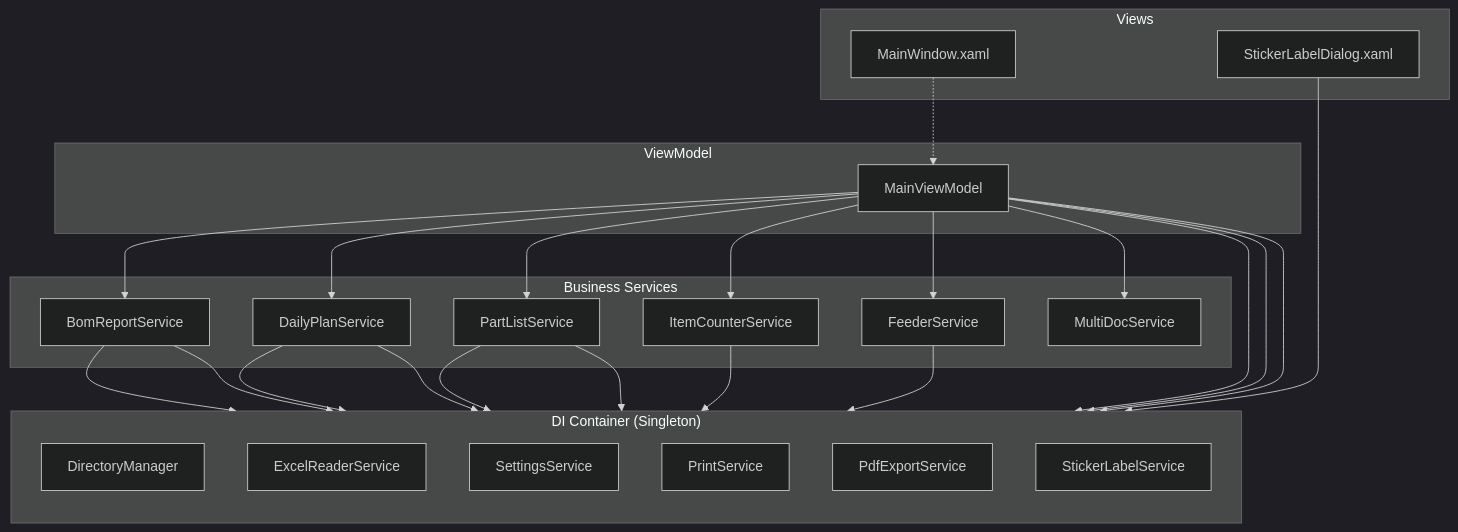
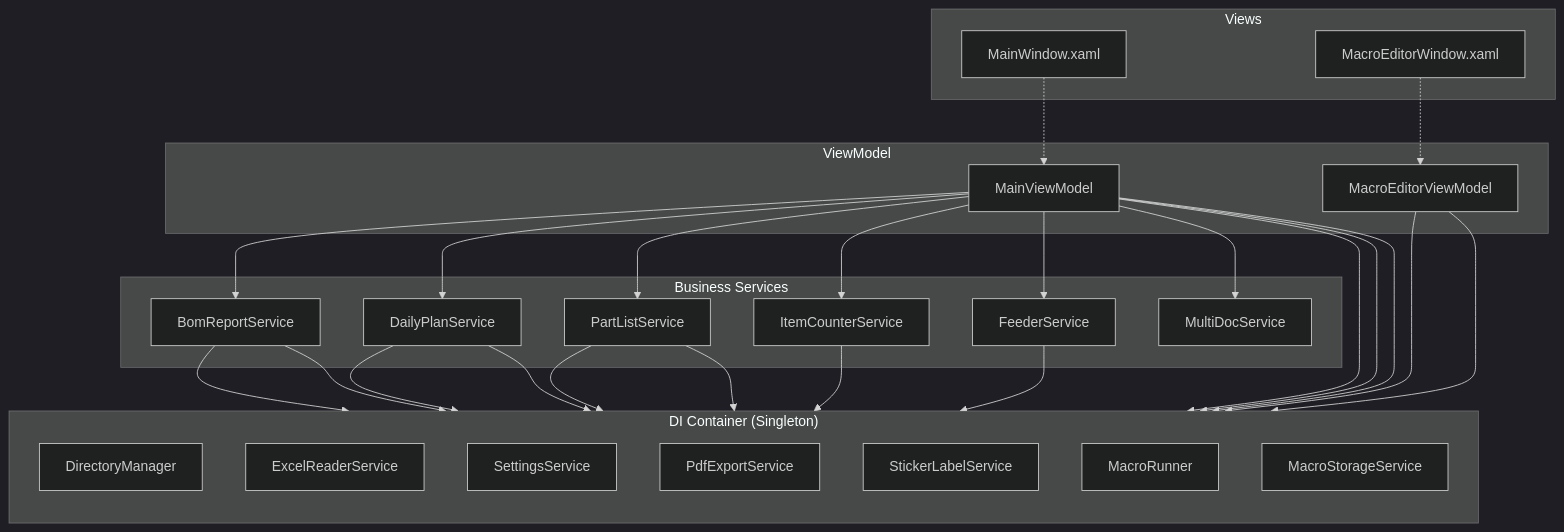
One commit to loborover/LARS changed the diagram in .agent/Work/Csharp_Review.md. Above: the diagram before and after it, drawn with Mermaid (dark theme). The commit also changed other lines of this file and 31 other files, not shown here.

````diff
--- a/.agent/Work/Csharp_Review.md
+++ b/.agent/Work/Csharp_Review.md
@@ -273,50 +281,54 @@
 ```mermaid
 graph TB
     subgraph DI["DI Container (Singleton)"]
         direction TB
         DM["DirectoryManager"]
         ERS["ExcelReaderService"]
         SS["SettingsService"]
-        PS["PrintService"]
         PES["PdfExportService"]
         SLS["StickerLabelService"]
+        MR["MacroRunner"]
+        MSS["MacroStorageService"]
     end
 
     subgraph BIZ["Business Services"]
         BRS["BomReportService"]
         DPS["DailyPlanService"]
         PLS["PartListService"]
         ICS["ItemCounterService"]
         FS["FeederService"]
         MDS["MultiDocService"]
     end
 
     subgraph VM["ViewModel"]
         MVM["MainViewModel"]
+        MEVM["MacroEditorViewModel"]
     end
 
     subgraph VIEW["Views"]
         MW["MainWindow.xaml"]
-        SLD["StickerLabelDialog.xaml"]
+        MEW["MacroEditorWindow.xaml"]
     end
 
     BRS --> ERS
     BRS --> DM
     DPS --> ERS
     DPS --> DM
     PLS --> ERS
     PLS --> DM
     ICS --> ERS
     FS --> DM
     MVM --> BRS
     MVM --> DPS
     MVM --> PLS
     MVM --> ICS
     MVM --> FS
     MVM --> PES
     MVM --> MDS
     MVM --> SLS
     MVM --> DM
+    MEVM --> MR
+    MEVM --> MSS
     MW -.-> MVM
-    SLD --> SLS
+    MEW -.-> MEVM
 ```
````
